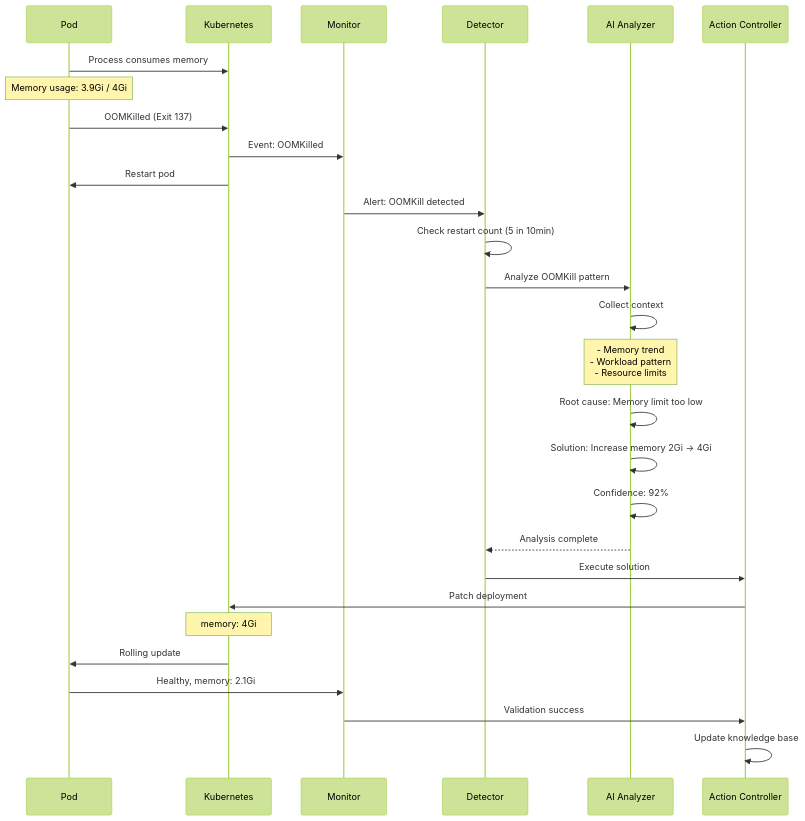
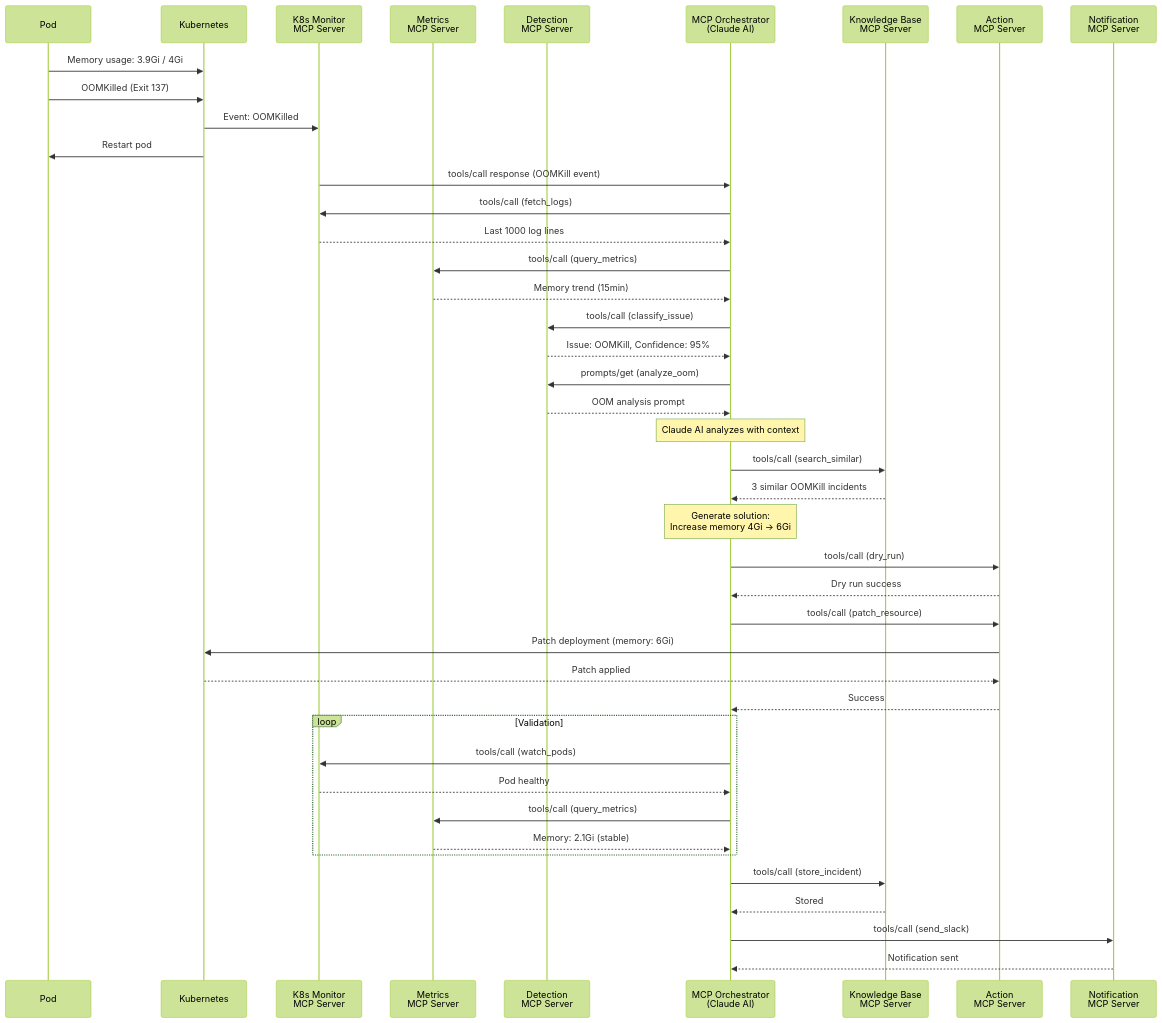
Before and after one commit to ravindra-lakal/KubeSage: diagram 20 of 24 in WORKFLOW.md, drawn with Mermaid (forest theme). The commit also changed other lines of this file and 7 other files, not shown here.

````diff
--- a/WORKFLOW.md
+++ b/WORKFLOW.md
@@ -615,38 +743,59 @@
 ```mermaid
 sequenceDiagram
     participant Pod as Pod
     participant K8s as Kubernetes
-    participant Mon as Monitor
-    participant Det as Detector
-    participant AI as AI Analyzer
-    participant Act as Action Controller
+    participant Mon as K8s Monitor<br/>MCP Server
+    participant Met as Metrics<br/>MCP Server
+    participant Det as Detection<br/>MCP Server
+    participant Orch as MCP Orchestrator<br/>(Claude AI)
+    participant KB as Knowledge Base<br/>MCP Server
+    participant Act as Action<br/>MCP Server
+    participant Not as Notification<br/>MCP Server
     
-    Pod->>K8s: Process consumes memory
-    Note over Pod: Memory usage: 3.9Gi / 4Gi
-    
+    Pod->>K8s: Memory usage: 3.9Gi / 4Gi
     Pod->>K8s: OOMKilled (Exit 137)
     K8s->>Mon: Event: OOMKilled
     K8s->>Pod: Restart pod
     
-    Mon->>Det: Alert: OOMKill detected
-    Det->>Det: Check restart count (5 in 10min)
-    Det->>AI: Analyze OOMKill pattern
+    Mon->>Orch: tools/call response (OOMKill event)
     
-    AI->>AI: Collect context
-    Note over AI: - Memory trend<br/>- Workload pattern<br/>- Resource limits
+    Orch->>Mon: tools/call (fetch_logs)
+    Mon-->>Orch: Last 1000 log lines
     
-    AI->>AI: Root cause: Memory limit too low
-    AI->>AI: Solution: Increase memory 2Gi → 4Gi
-    AI->>AI: Confidence: 92%
+    Orch->>Met: tools/call (query_metrics)
+    Met-->>Orch: Memory trend (15min)
     
-    AI-->>Det: Analysis complete
-    Det->>Act: Execute solution
+    Orch->>Det: tools/call (classify_issue)
+    Det-->>Orch: Issue: OOMKill, Confidence: 95%
     
-    Act->>K8s: Patch deployment
-    Note over K8s: memory: 4Gi
-    K8s->>Pod: Rolling update
+    Orch->>Det: prompts/get (analyze_oom)
+    Det-->>Orch: OOM analysis prompt
     
-    Pod->>Mon: Healthy, memory: 2.1Gi
-    Mon->>Act: Validation success
-    Act->>Act: Update knowledge base
+    Note over Orch: Claude AI analyzes with context
+    
+    Orch->>KB: tools/call (search_similar)
+    KB-->>Orch: 3 similar OOMKill incidents
+    
+    Note over Orch: Generate solution:<br/>Increase memory 4Gi → 6Gi
+    
+    Orch->>Act: tools/call (dry_run)
+    Act-->>Orch: Dry run success
+    
+    Orch->>Act: tools/call (patch_resource)
+    Act->>K8s: Patch deployment (memory: 6Gi)
+    K8s-->>Act: Patch applied
+    Act-->>Orch: Success
+    
+    loop Validation
+        Orch->>Mon: tools/call (watch_pods)
+        Mon-->>Orch: Pod healthy
+        Orch->>Met: tools/call (query_metrics)
+        Met-->>Orch: Memory: 2.1Gi (stable)
+    end
+    
+    Orch->>KB: tools/call (store_incident)
+    KB-->>Orch: Stored
+    
+    Orch->>Not: tools/call (send_slack)
+    Not-->>Orch: Notification sent
 ```
````
